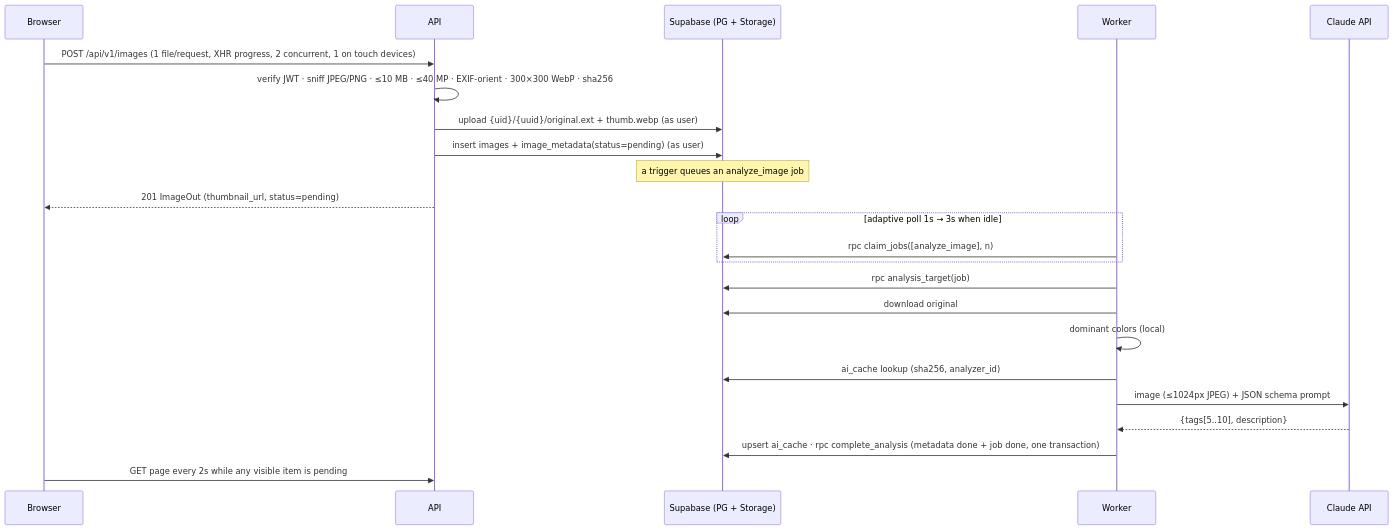
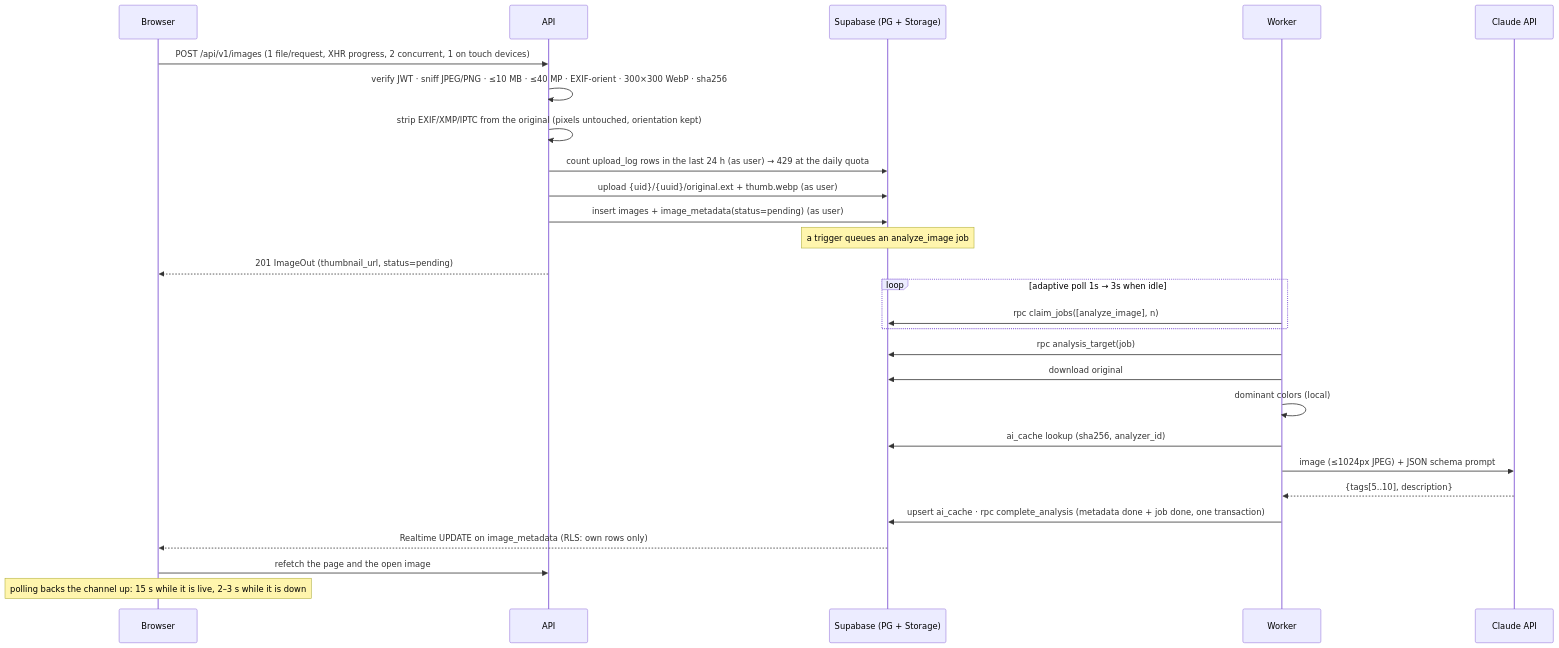
One commit to MHHukiewitz/ai-image-gallery changed the second of 2 diagrams in docs/architecture.md. Above: the diagram before and after it, drawn with Mermaid. The commit also changed other lines of this file and 2 other files, not shown here.

````diff
--- a/docs/architecture.md
+++ b/docs/architecture.md
@@ -75,25 +75,29 @@
 ```mermaid
 sequenceDiagram
   participant B as Browser
   participant A as API
   participant S as Supabase (PG + Storage)
   participant W as Worker
   participant L as Claude API
   B->>A: POST /api/v1/images (1 file/request, XHR progress, 2 concurrent, 1 on touch devices)
   A->>A: verify JWT · sniff JPEG/PNG · ≤10 MB · ≤40 MP · EXIF-orient · 300×300 WebP · sha256
+  A->>A: strip EXIF/XMP/IPTC from the original (pixels untouched, orientation kept)
+  A->>S: count upload_log rows in the last 24 h (as user) → 429 at the daily quota
   A->>S: upload {uid}/{uuid}/original.ext + thumb.webp (as user)
   A->>S: insert images + image_metadata(status=pending) (as user)
   Note over S: a trigger queues an analyze_image job
   A-->>B: 201 ImageOut (thumbnail_url, status=pending)
   loop adaptive poll 1s → 3s when idle
     W->>S: rpc claim_jobs([analyze_image], n)
   end
   W->>S: rpc analysis_target(job)
   W->>S: download original
   W->>W: dominant colors (local)
   W->>S: ai_cache lookup (sha256, analyzer_id)
   W->>L: image (≤1024px JPEG) + JSON schema prompt
   L-->>W: {tags[5..10], description}
   W->>S: upsert ai_cache · rpc complete_analysis (metadata done + job done, one transaction)
-  B->>A: GET page every 2s while any visible item is pending
+  S-->>B: Realtime UPDATE on image_metadata (RLS: own rows only)
+  B->>A: refetch the page and the open image
+  Note over B: polling backs the channel up: 15 s while it is live, 2–3 s while it is down
 ```
````
